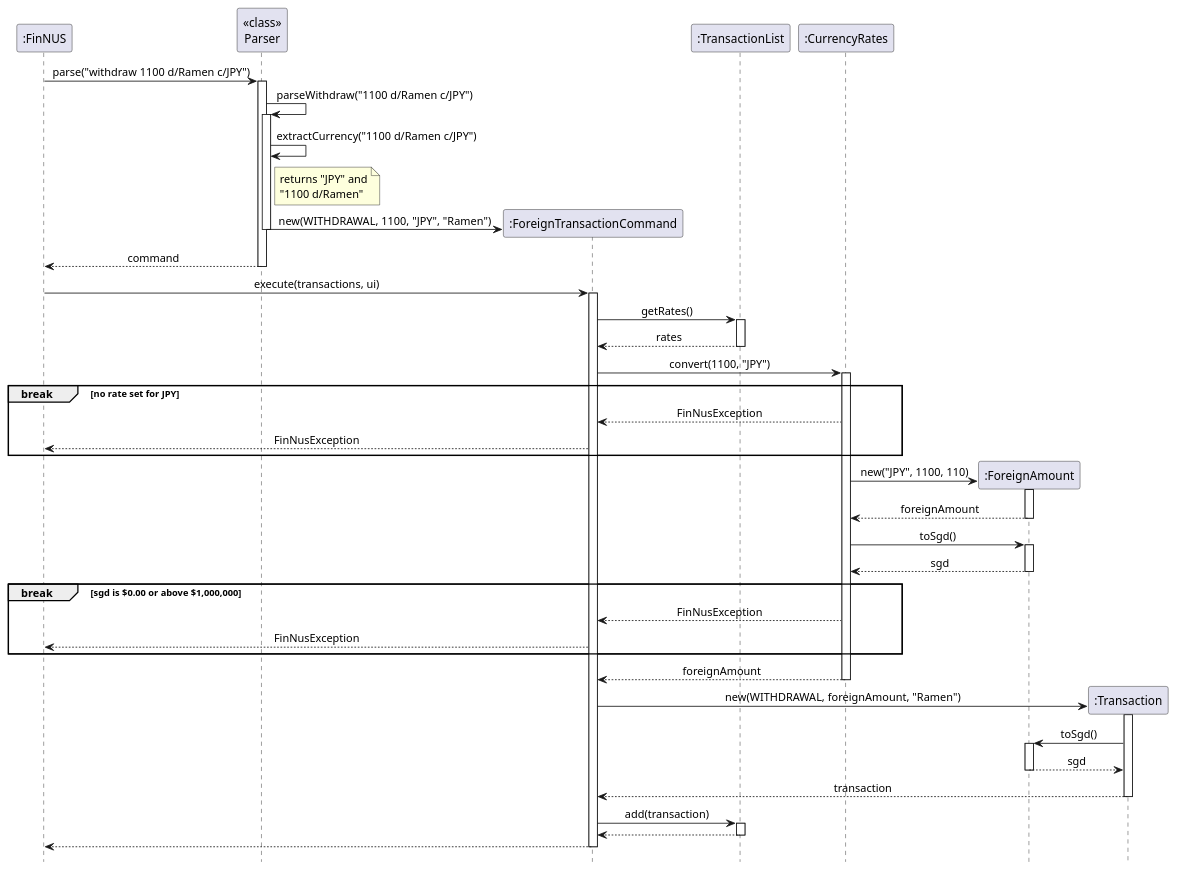
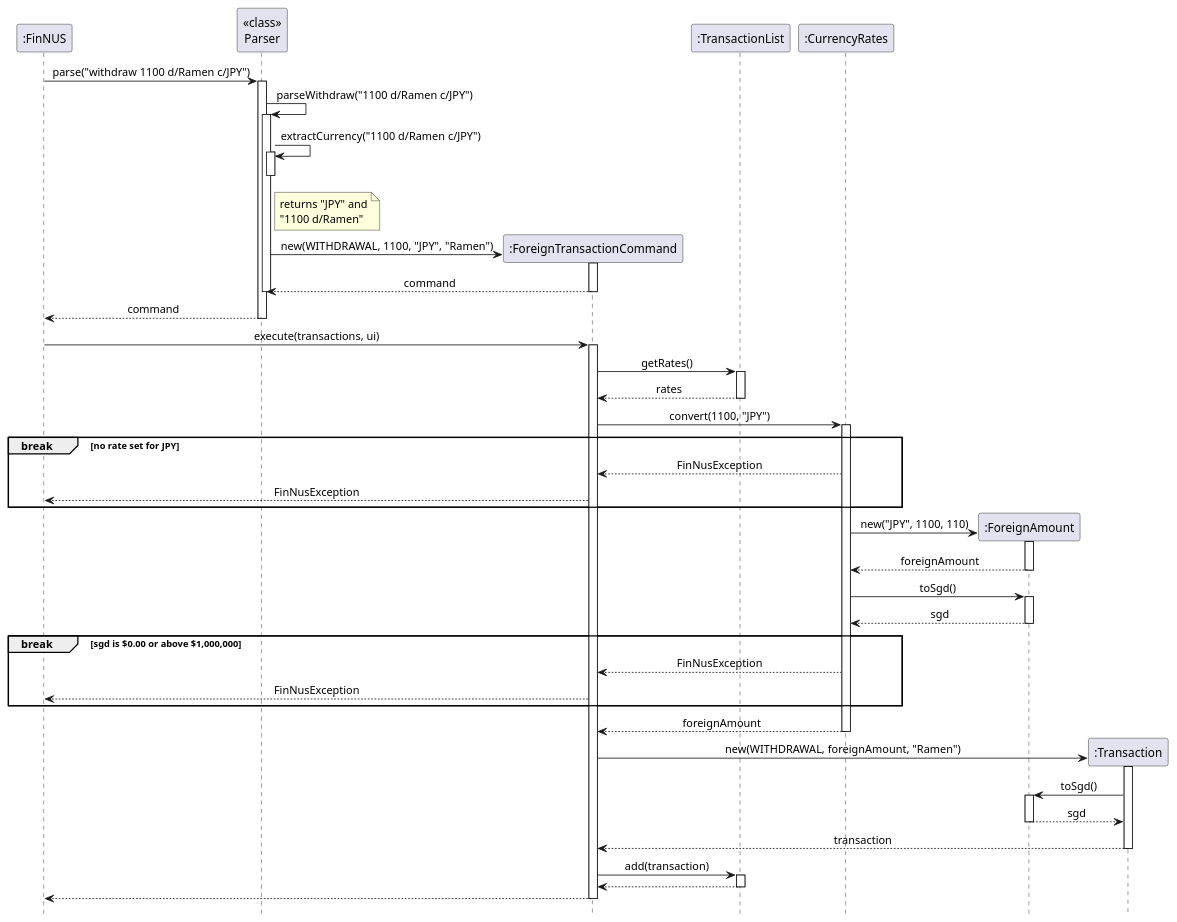
Before and after one commit to AY2627S1-CS2113-W13-2/tp: the diagram in docs/diagrams/ForeignTransactionSequenceDiagram.puml, drawn with PlantUML. The commit also changed 2 other files, not shown here.

Commit message:
Make diagram arrows consistent and align DG steps with it
Every call now has an activation bar and return, and the DG lists the errors in diagram order.

```diff
--- a/docs/diagrams/ForeignTransactionSequenceDiagram.puml
+++ b/docs/diagrams/ForeignTransactionSequenceDiagram.puml
@@ -1,78 +1,83 @@
 @startuml
 ' Sequence diagram for "withdraw 1100 d/Ramen c/JPY".
 ' Logging, console output, input validation and saving are left out to focus on the objects involved.
 hide footbox
 skinparam shadowing false
 skinparam sequenceMessageAlign center
 
 participant ":FinNUS" as FinNUS
 participant "<<class>>\nParser" as Parser
 participant ":ForeignTransactionCommand" as Command
 participant ":TransactionList" as TransactionList
 participant ":CurrencyRates" as CurrencyRates
 participant ":ForeignAmount" as ForeignAmount
 participant ":Transaction" as Transaction
 
 FinNUS -> Parser : parse("withdraw 1100 d/Ramen c/JPY")
 activate Parser
 Parser -> Parser : parseWithdraw("1100 d/Ramen c/JPY")
 activate Parser
 Parser -> Parser : extractCurrency("1100 d/Ramen c/JPY")
+activate Parser
 note right of Parser : returns "JPY" and\n"1100 d/Ramen"
+deactivate Parser
 create Command
 Parser -> Command : new(WITHDRAWAL, 1100, "JPY", "Ramen")
+activate Command
+Command --> Parser : command
+deactivate Command
 deactivate Parser
 Parser --> FinNUS : command
 deactivate Parser
 
 FinNUS -> Command : execute(transactions, ui)
 activate Command
 Command -> TransactionList : getRates()
 activate TransactionList
 TransactionList --> Command : rates
 deactivate TransactionList
 
 Command -> CurrencyRates : convert(1100, "JPY")
 activate CurrencyRates
 
 break no rate set for JPY
     CurrencyRates --> Command : FinNusException
     Command --> FinNUS : FinNusException
 end
 
 create ForeignAmount
 CurrencyRates -> ForeignAmount : new("JPY", 1100, 110)
 activate ForeignAmount
 ForeignAmount --> CurrencyRates : foreignAmount
 deactivate ForeignAmount
 CurrencyRates -> ForeignAmount : toSgd()
 activate ForeignAmount
 ForeignAmount --> CurrencyRates : sgd
 deactivate ForeignAmount
 
 break sgd is $0.00 or above $1,000,000
     CurrencyRates --> Command : FinNusException
     Command --> FinNUS : FinNusException
 end
 
 CurrencyRates --> Command : foreignAmount
 deactivate CurrencyRates
 
 create Transaction
 Command -> Transaction : new(WITHDRAWAL, foreignAmount, "Ramen")
 activate Transaction
 Transaction -> ForeignAmount : toSgd()
 activate ForeignAmount
 ForeignAmount --> Transaction : sgd
 deactivate ForeignAmount
 Transaction --> Command : transaction
 deactivate Transaction
 
 Command -> TransactionList : add(transaction)
 activate TransactionList
 TransactionList --> Command
 deactivate TransactionList
 
 Command --> FinNUS
 deactivate Command
 @enduml
```
